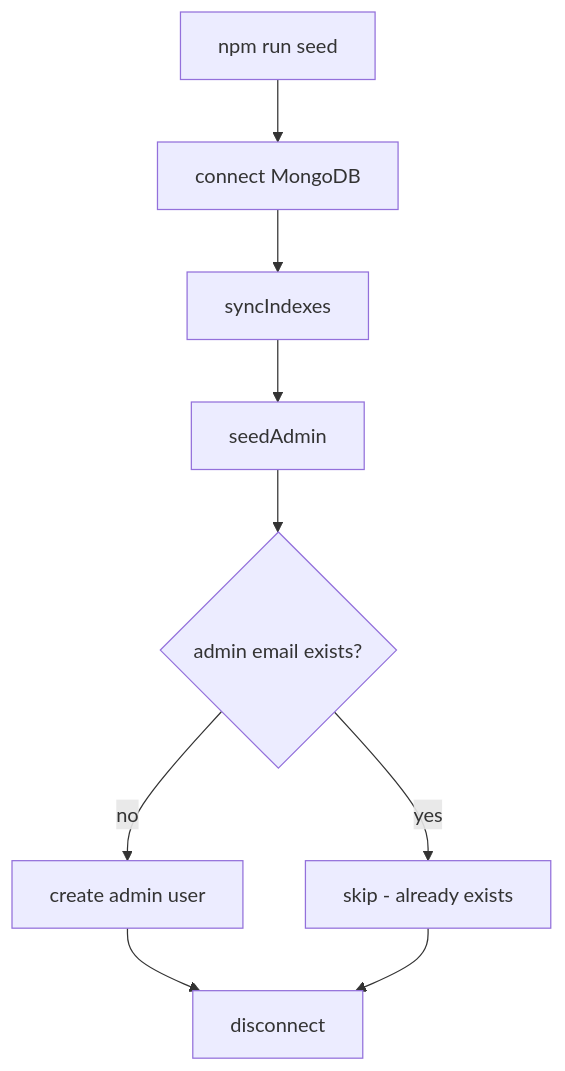
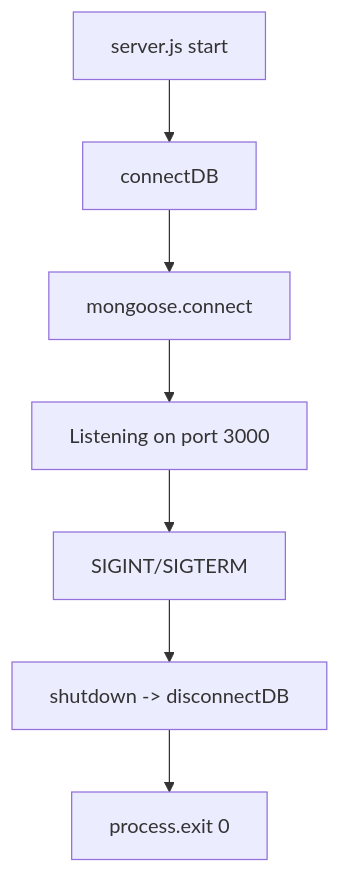
The second of 2 diagrams in docs/database.md (cloudtecki/the-woven-kitchen-api), drawn with Mermaid before and after one commit. The commit also changed other lines of this file and 214 other files, not shown here.

````diff
--- a/docs/database.md
+++ b/docs/database.md
@@ -211,11 +79,9 @@
 ```mermaid
 flowchart TD
-    A[npm run seed] --> B[connect MongoDB]
-    B --> C[syncIndexes]
-    C --> D[seedAdmin]
-    D --> E{admin email exists?}
-    E -->|no| F[create admin user]
-    E -->|yes| G[skip - already exists]
-    F --> H[disconnect]
-    G --> H
+    A[server.js start] --> B[connectDB]
+    B --> C[mongoose.connect]
+    C --> D[Listening on port 3000]
+    D --> E[SIGINT/SIGTERM]
+    E --> F[shutdown -> disconnectDB]
+    F --> G[process.exit 0]
 ```
````
